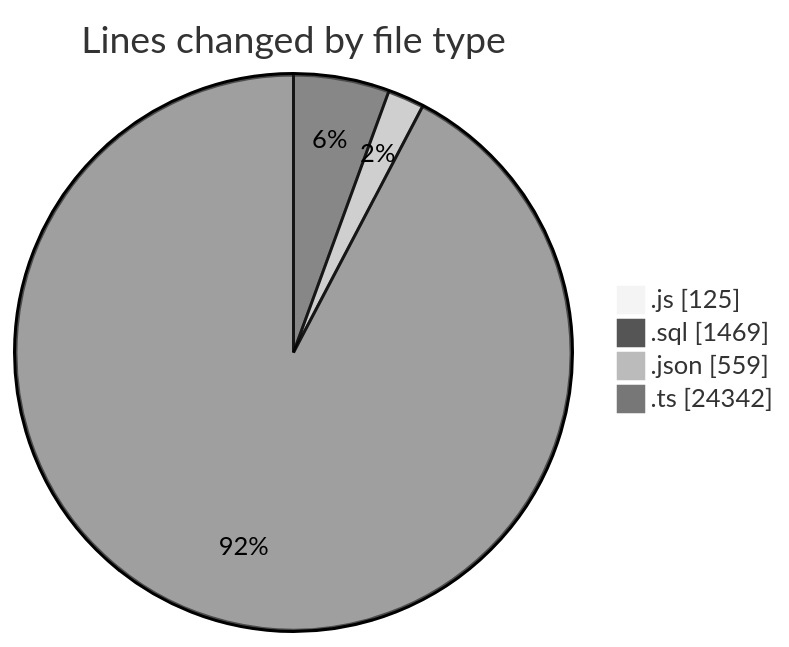
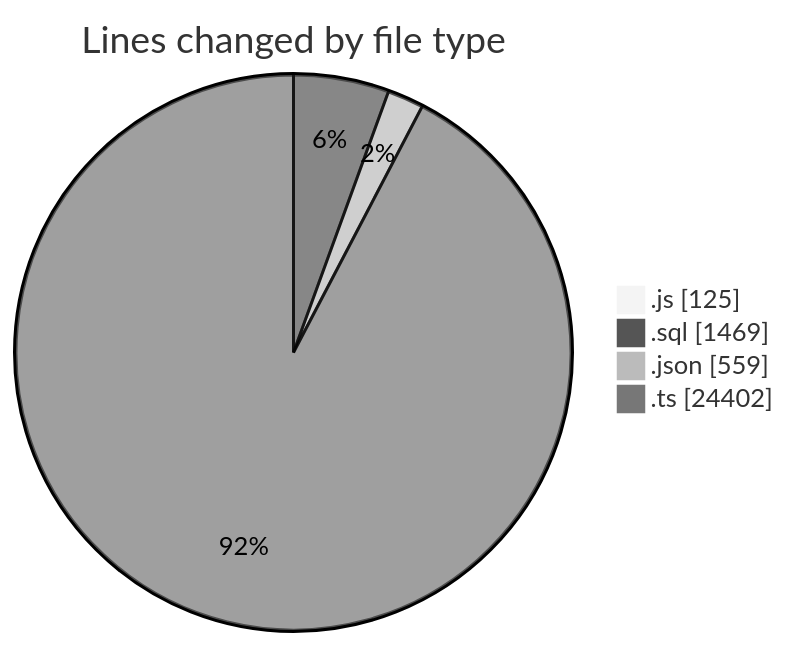
One commit to momahboobian/code-tracking changed the first of 2 diagrams in 2026-05-20/cda/README.md. Above: the diagram before and after it, drawn with Mermaid (neutral theme). The commit also changed other lines of this file and 1 other file, not shown here.

````diff
--- a/2026-05-20/cda/README.md
+++ b/2026-05-20/cda/README.md
@@ -35,8 +36,8 @@
 ```mermaid
 pie showData
 title Lines changed by file type
 ".js" : 125
 ".sql" : 1469
 ".json" : 559
-".ts" : 24342
+".ts" : 24402
 ```
````
